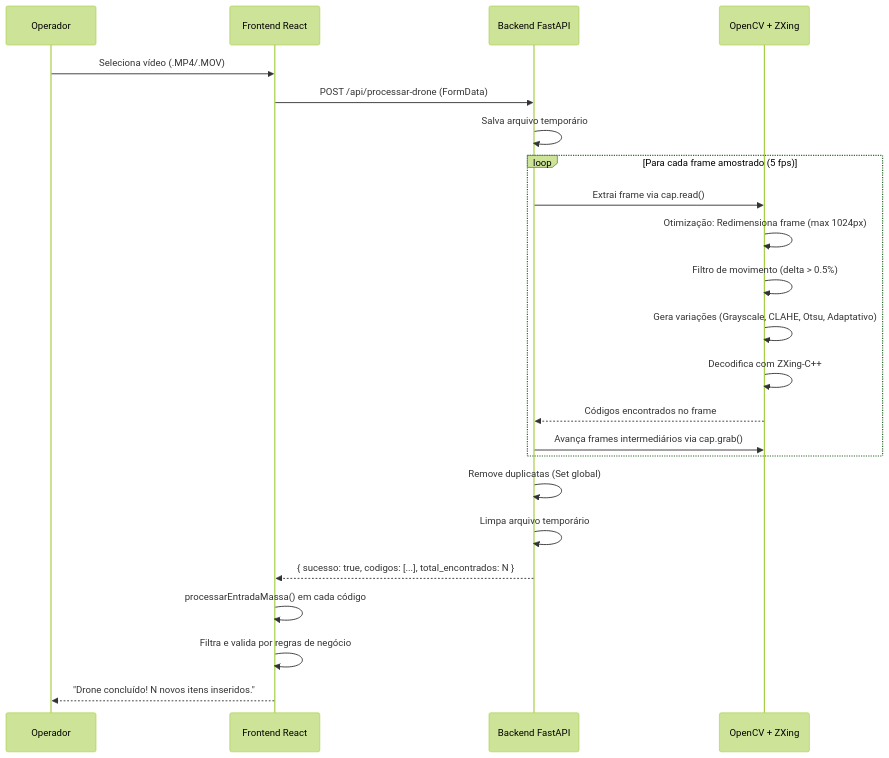
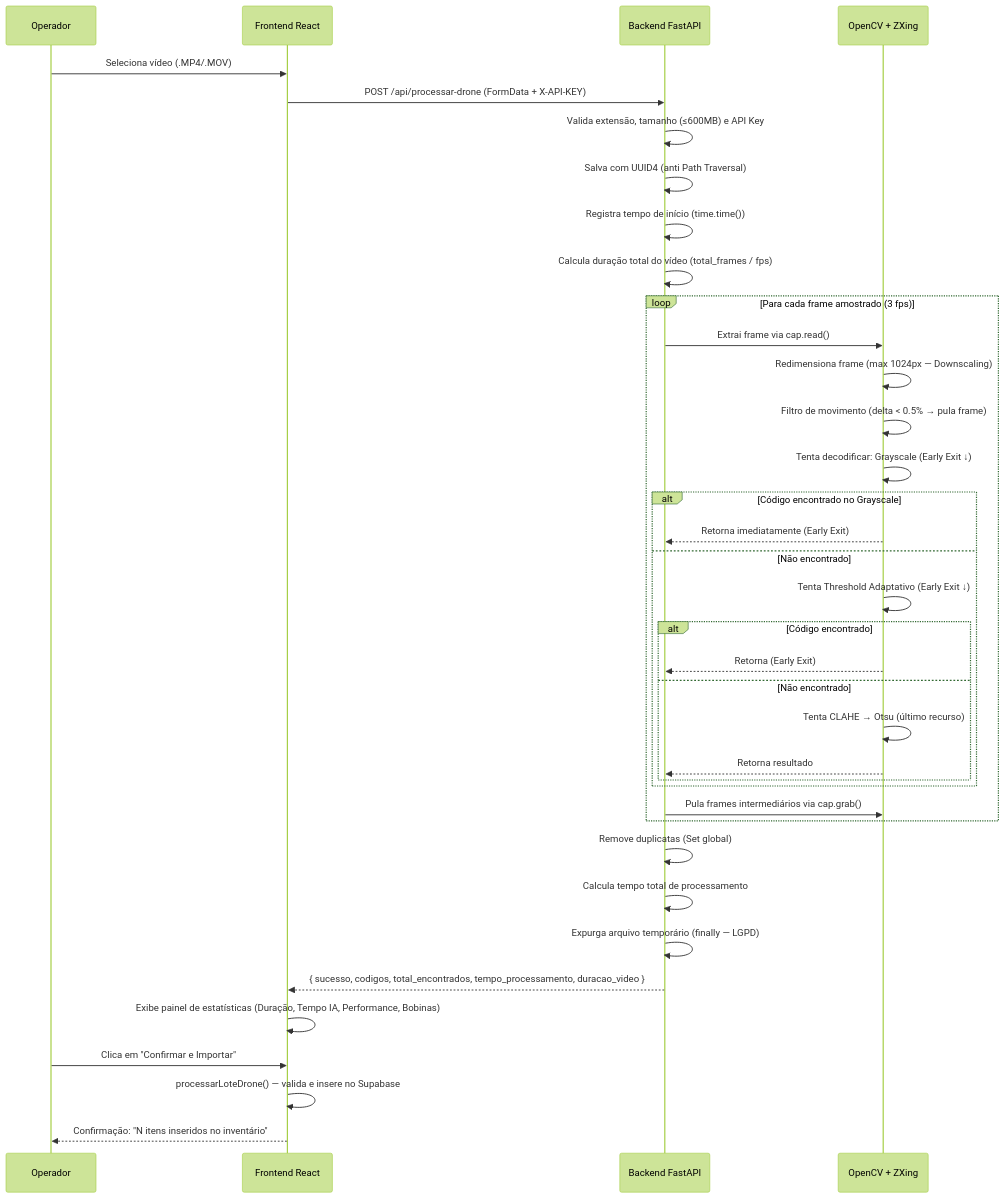
The fifth of 5 diagrams in README.md (MatheusTLampugnani/inventario-bobinas), drawn with Mermaid (forest theme) before and after one commit. The commit also changed other lines of this file and 1 other file, not shown here.

Commit message:
docs: atualizar README e ARCHITECTURE com melhorias da v2.2 (early exit, 3fps, metricas, ADRs)

````diff
--- a/README.md
+++ b/README.md
@@ -189,28 +189,42 @@
 ```mermaid
 sequenceDiagram
     participant Op as Operador
     participant FE as Frontend React
     participant BE as Backend FastAPI
     participant CV as OpenCV + ZXing
     
     Op->>FE: Seleciona vídeo (.MP4/.MOV)
-    FE->>BE: POST /api/processar-drone (FormData)
-    BE->>BE: Salva arquivo temporário
+    FE->>BE: POST /api/processar-drone (FormData + X-API-KEY)
+    BE->>BE: Valida extensão, tamanho (≤600MB) e API Key
+    BE->>BE: Salva com UUID4 (anti Path Traversal)
+    BE->>BE: Registra tempo de início (time.time())
+    BE->>BE: Calcula duração total do vídeo (total_frames / fps)
     
-    loop Para cada frame amostrado (5 fps)
+    loop Para cada frame amostrado (3 fps)
         BE->>CV: Extrai frame via cap.read()
-        CV->>CV: Otimização: Redimensiona frame (max 1024px)
-        CV->>CV: Filtro de movimento (delta > 0.5%)
-        CV->>CV: Gera variações (Grayscale, CLAHE, Otsu, Adaptativo)
-        CV->>CV: Decodifica com ZXing-C++
-        CV-->>BE: Códigos encontrados no frame
-        BE->>CV: Avança frames intermediários via cap.grab()
+        CV->>CV: Redimensiona frame (max 1024px — Downscaling)
+        CV->>CV: Filtro de movimento (delta < 0.5% → pula frame)
+        CV->>CV: Tenta decodificar: Grayscale (Early Exit ↓)
+        alt Código encontrado no Grayscale
+            CV-->>BE: Retorna imediatamente (Early Exit)
+        else Não encontrado
+            CV->>CV: Tenta Threshold Adaptativo (Early Exit ↓)
+            alt Código encontrado
+                CV-->>BE: Retorna (Early Exit)
+            else Não encontrado
+                CV->>CV: Tenta CLAHE → Otsu (último recurso)
+                CV-->>BE: Retorna resultado
+            end
+        end
+        BE->>CV: Pula frames intermediários via cap.grab()
     end
     
     BE->>BE: Remove duplicatas (Set global)
-    BE->>BE: Limpa arquivo temporário
-    BE-->>FE: { sucesso: true, codigos: [...], total_encontrados: N }
-    FE->>FE: processarEntradaMassa() em cada código
-    FE->>FE: Filtra e valida por regras de negócio
-    FE-->>Op: "Drone concluído! N novos itens inseridos."
+    BE->>BE: Calcula tempo total de processamento
+    BE->>BE: Expurga arquivo temporário (finally — LGPD)
+    BE-->>FE: { sucesso, codigos, total_encontrados, tempo_processamento, duracao_video }
+    FE->>FE: Exibe painel de estatísticas (Duração, Tempo IA, Performance, Bobinas)
+    Op->>FE: Clica em "Confirmar e Importar"
+    FE->>FE: processarLoteDrone() — valida e insere no Supabase
+    FE-->>Op: Confirmação: "N itens inseridos no inventário"
 ```
````
